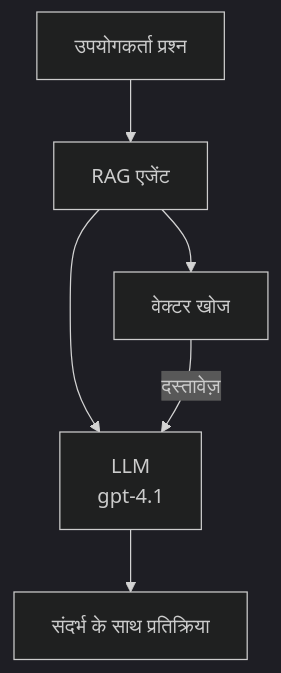
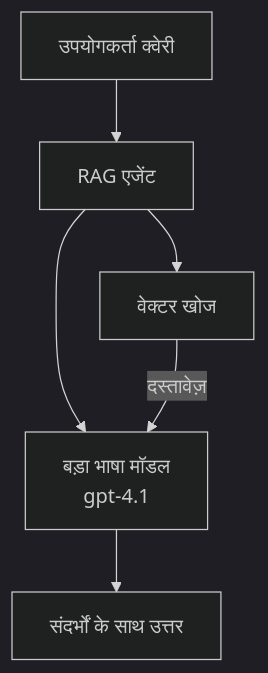
One commit to microsoft/AZD-for-beginners changed the second of 3 diagrams in translations/hi/docs/chapter-02-ai-development/agents.md. Above: the diagram before and after it, drawn with Mermaid (dark theme). The commit also changed other lines of this file and 104 other files, not shown here.

````diff
--- a/translations/hi/docs/chapter-02-ai-development/agents.md
+++ b/translations/hi/docs/chapter-02-ai-development/agents.md
@@ -175,8 +181,8 @@
 ```mermaid
 graph TD
-    Query[उपयोगकर्ता प्रश्न] --> RAG[RAG एजेंट]
+    Query[उपयोगकर्ता क्वेरी] --> RAG[RAG एजेंट]
     RAG --> Vector[वेक्टर खोज]
-    RAG --> LLM[LLM<br/>gpt-4.1]
+    RAG --> LLM[बड़ा भाषा मॉडल<br/>gpt-4.1]
     Vector -- दस्तावेज़ --> LLM
-    LLM --> Response[संदर्भ के साथ प्रतिक्रिया]
+    LLM --> Response[संदर्भों के साथ उत्तर]
 ```
````
